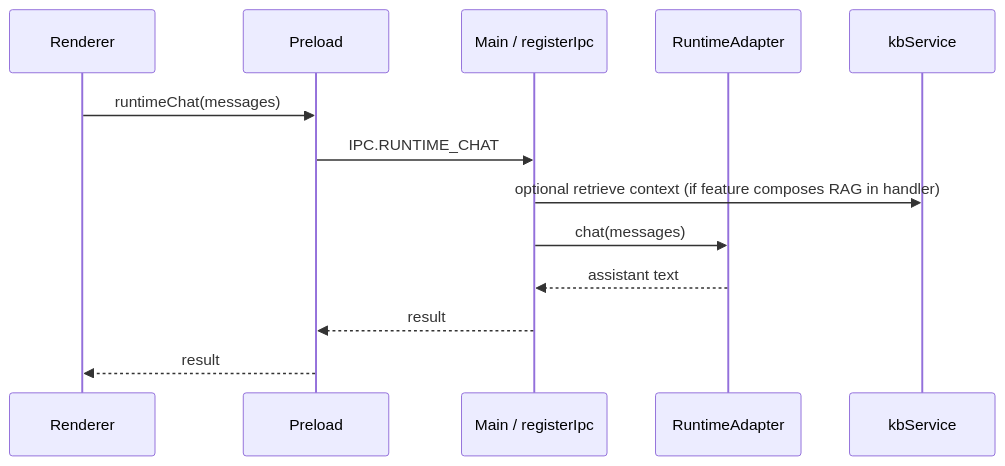
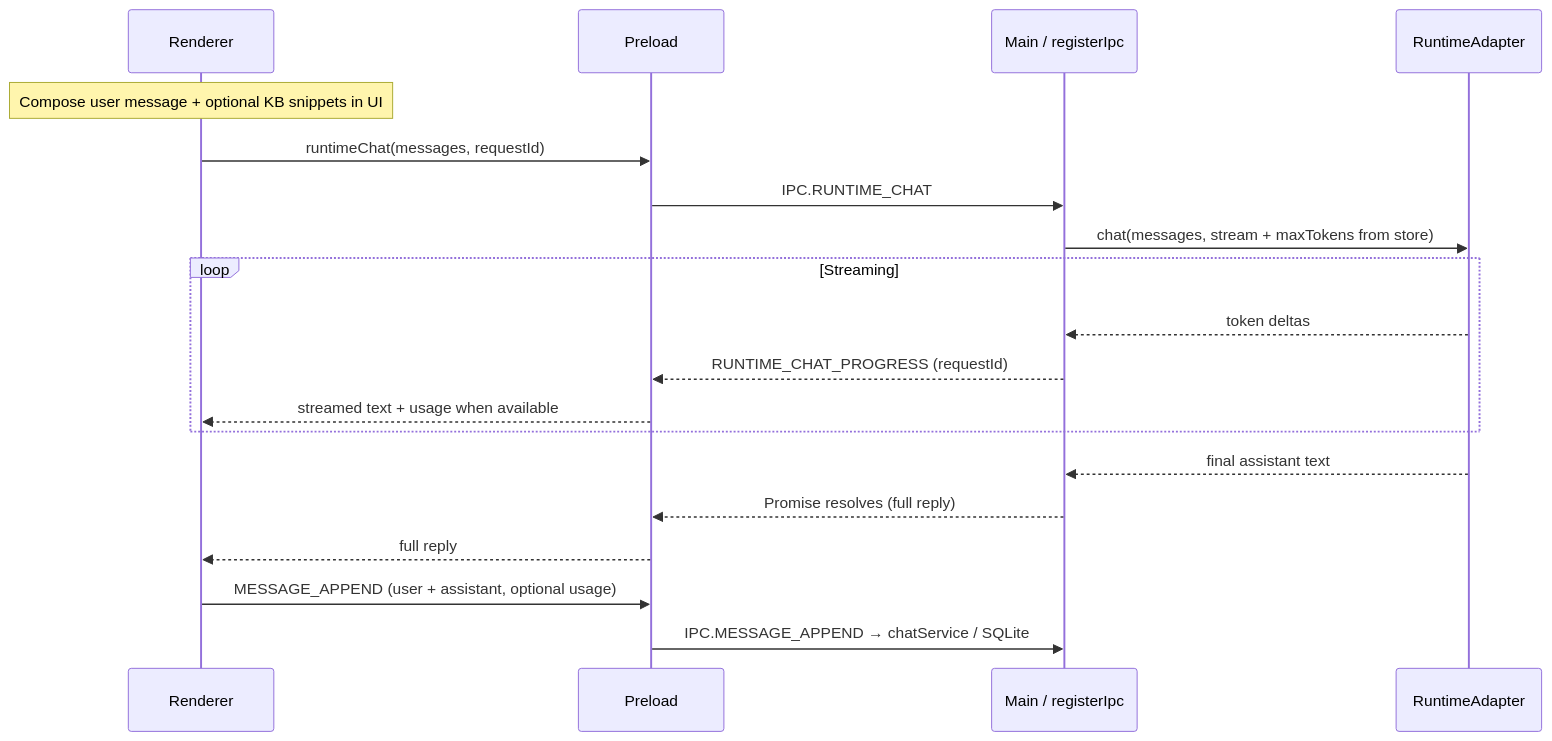
Before and after one commit to groscy/local-llm: the diagram in docs/architecture-arc42/06-runtime-view.md, drawn with Mermaid. The commit also changed other lines of this file and 12 other files, not shown here.

First line of the commit message:
docs: refresh arc42 architecture for metrics, bridge, and runtime

````diff
--- a/docs/architecture-arc42/06-runtime-view.md
+++ b/docs/architecture-arc42/06-runtime-view.md
@@ -7,16 +7,22 @@
 ```mermaid
 sequenceDiagram
   participant UI as Renderer
   participant PRE as Preload
   participant IPC as Main / registerIpc
   participant RT as RuntimeAdapter
-  participant KB as kbService
 
-  UI->>PRE: runtimeChat(messages)
+  Note over UI: Compose user message + optional KB snippets in UI
+  UI->>PRE: runtimeChat(messages, requestId)
   PRE->>IPC: IPC.RUNTIME_CHAT
-  IPC->>KB: optional retrieve context (if feature composes RAG in handler)
-  IPC->>RT: chat(messages)
-  RT-->>IPC: assistant text
-  IPC-->>PRE: result
-  PRE-->>UI: result
+  IPC->>RT: chat(messages, stream + maxTokens from store)
+  loop Streaming
+    RT-->>IPC: token deltas
+    IPC-->>PRE: RUNTIME_CHAT_PROGRESS (requestId)
+    PRE-->>UI: streamed text + usage when available
+  end
+  RT-->>IPC: final assistant text
+  IPC-->>PRE: Promise resolves (full reply)
+  PRE-->>UI: full reply
+  UI->>PRE: MESSAGE_APPEND (user + assistant, optional usage)
+  PRE->>IPC: IPC.MESSAGE_APPEND → chatService / SQLite
 ```
````
